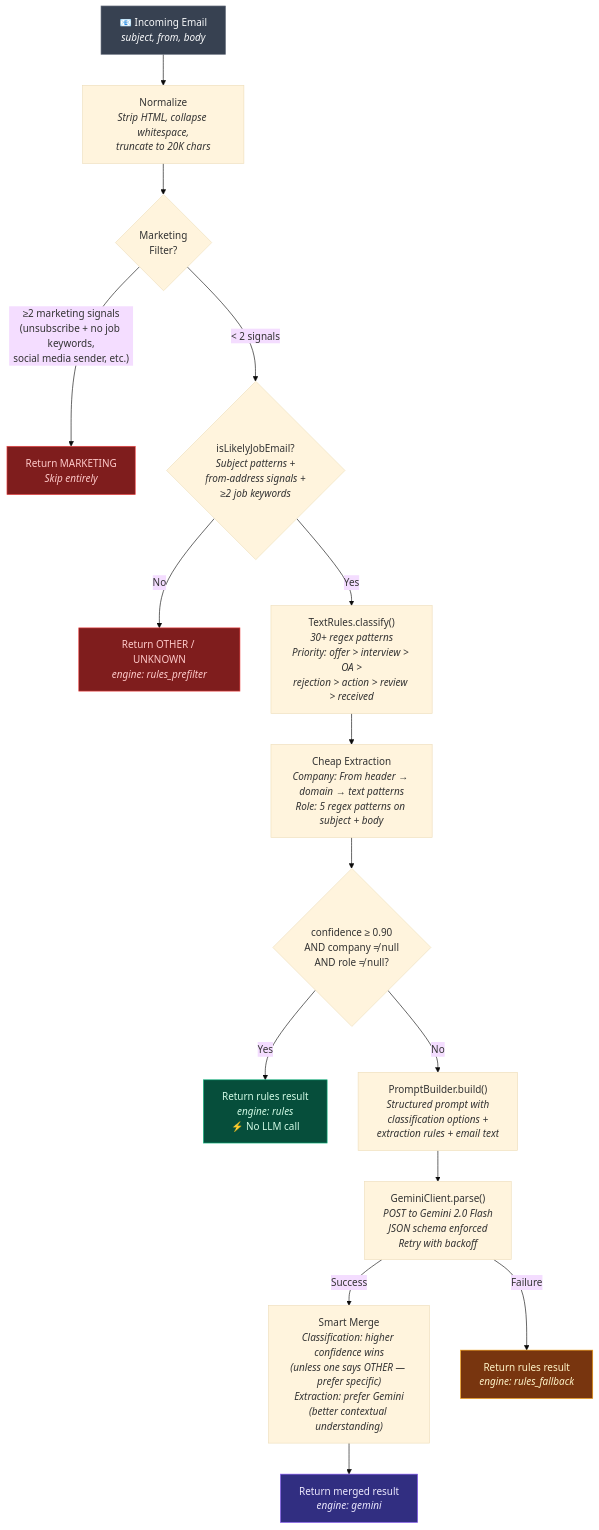
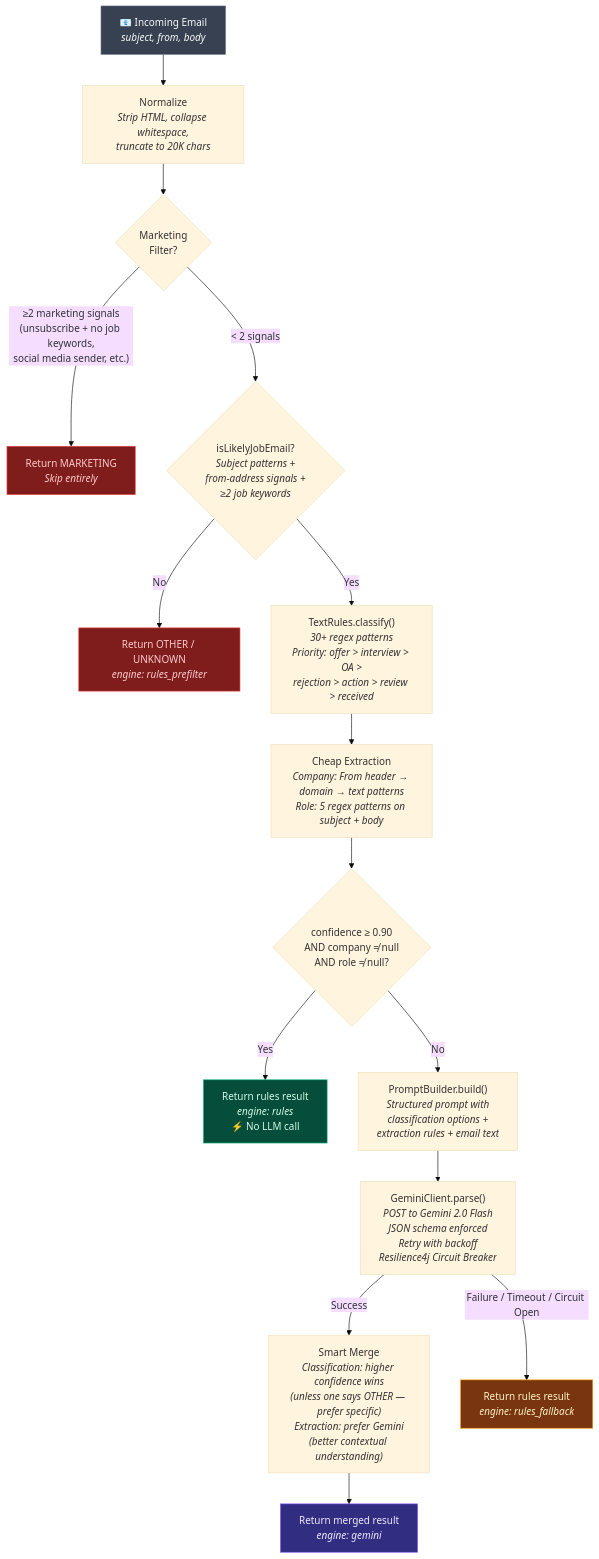
The fourth of 10 diagrams in DESIGN.md (10xDeVv/WhereDidIApply), drawn with Mermaid (base theme) before and after one commit. The commit also changed other lines of this file and 21 other files, not shown here.

````diff
--- a/DESIGN.md
+++ b/DESIGN.md
@@ -216,40 +218,40 @@
 ```mermaid
 flowchart TD
     START["📧 Incoming Email<br/><i>subject, from, body</i>"] --> NORM
 
     NORM["Normalize<br/><i>Strip HTML, collapse whitespace,<br/>truncate to 20K chars</i>"] --> MKT
 
     MKT{"Marketing<br/>Filter?"}
     MKT -->|"≥2 marketing signals<br/>(unsubscribe + no job keywords,<br/>social media sender, etc.)"| MKT_SKIP["Return MARKETING<br/><i>Skip entirely</i>"]
     MKT -->|"< 2 signals"| PRE
 
     PRE{"isLikelyJobEmail?<br/><i>Subject patterns +<br/>from-address signals +<br/>≥2 job keywords</i>"}
     PRE -->|"No"| OTHER["Return OTHER / UNKNOWN<br/><i>engine: rules_prefilter</i>"]
     PRE -->|"Yes"| RULES
 
     RULES["TextRules.classify()<br/><i>30+ regex patterns<br/>Priority: offer > interview > OA ><br/>rejection > action > review > received</i>"]
     RULES --> EXTRACT
 
     EXTRACT["Cheap Extraction<br/><i>Company: From header → domain → text patterns<br/>Role: 5 regex patterns on subject + body</i>"]
     EXTRACT --> DECIDE
 
     DECIDE{"confidence ≥ 0.90<br/>AND company ≠ null<br/>AND role ≠ null?"}
     DECIDE -->|"Yes"| RULES_ONLY["Return rules result<br/><i>engine: rules</i><br/>⚡ No LLM call"]
     DECIDE -->|"No"| PROMPT
 
     PROMPT["PromptBuilder.build()<br/><i>Structured prompt with<br/>classification options +<br/>extraction rules + email text</i>"] --> GEMINI
 
-    GEMINI["GeminiClient.parse()<br/><i>POST to Gemini 2.0 Flash<br/>JSON schema enforced<br/>Retry with backoff</i>"]
+    GEMINI["GeminiClient.parse()<br/><i>POST to Gemini 2.0 Flash<br/>JSON schema enforced<br/>Retry with backoff<br/>Resilience4j Circuit Breaker</i>"]
     GEMINI -->|"Success"| MERGE
-    GEMINI -->|"Failure"| FALLBACK["Return rules result<br/><i>engine: rules_fallback</i>"]
+    GEMINI -->|"Failure / Timeout / Circuit Open"| FALLBACK["Return rules result<br/><i>engine: rules_fallback</i>"]
 
     MERGE["Smart Merge<br/><i>Classification: higher confidence wins<br/>(unless one says OTHER — prefer specific)<br/>Extraction: prefer Gemini<br/>(better contextual understanding)</i>"]
     MERGE --> RESULT["Return merged result<br/><i>engine: gemini</i>"]
 
     style START fill:#374151,stroke:#6b7280,color:#f9fafb
     style RULES_ONLY fill:#064e3b,stroke:#10b981,color:#d1fae5
     style RESULT fill:#312e81,stroke:#8b5cf6,color:#ede9fe
     style FALLBACK fill:#78350f,stroke:#f59e0b,color:#fef3c7
     style MKT_SKIP fill:#7f1d1d,stroke:#ef4444,color:#fecaca
     style OTHER fill:#7f1d1d,stroke:#ef4444,color:#fecaca
 ```
````
